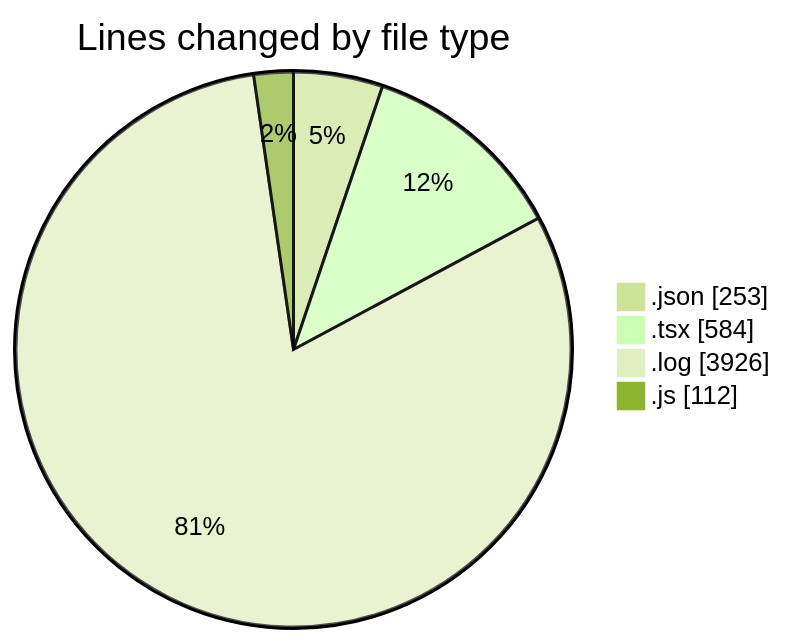
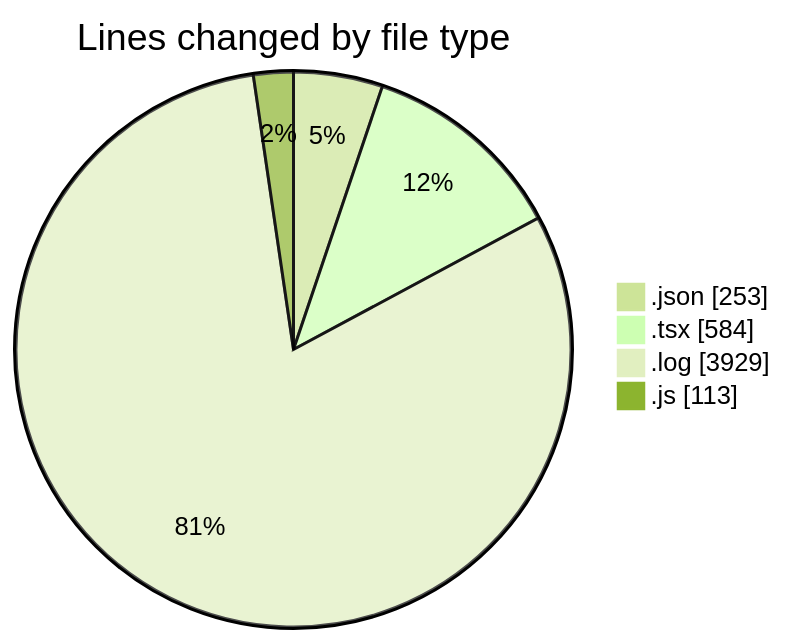
The first of 2 diagrams in 2026-03-24/cda/README.md (momahboobian/code-tracking), drawn with Mermaid (forest theme) before and after one commit. The commit also changed other lines of this file and 1 other file, not shown here.

````diff
--- a/2026-03-24/cda/README.md
+++ b/2026-03-24/cda/README.md
@@ -27,8 +27,8 @@
 ```mermaid
 pie showData
 title Lines changed by file type
 ".json" : 253
 ".tsx" : 584
-".log" : 3926
-".js" : 112
+".log" : 3929
+".js" : 113
 ```
````
